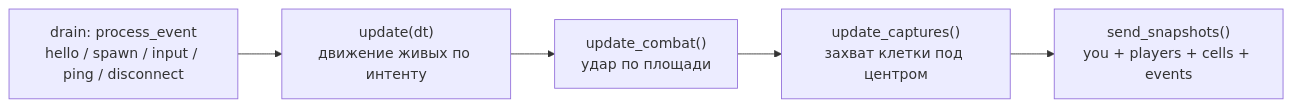
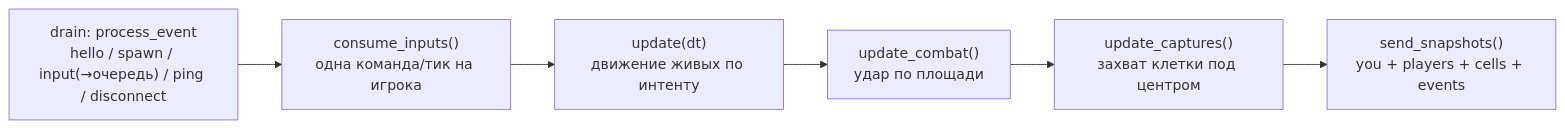
Before and after one commit to litcxx/Game: the fourth of 5 diagrams in server/docs/sequence-diagram.md, drawn with Mermaid. The commit also changed other lines of this file and 5 other files, not shown here.

````diff
--- a/server/docs/sequence-diagram.md
+++ b/server/docs/sequence-diagram.md
@@ -112,9 +115,10 @@
 ```mermaid
 flowchart LR
-    drain["drain: process_event<br/>hello / spawn / input / ping / disconnect"]
+    drain["drain: process_event<br/>hello / spawn / input(→очередь) / ping / disconnect"]
+    consume["consume_inputs()<br/>одна команда/тик на игрока"]
     move["update(dt)<br/>движение живых по интенту"]
     combat["update_combat()<br/>удар по площади"]
     cap["update_captures()<br/>захват клетки под центром"]
     snap["send_snapshots()<br/>you + players + cells + events"]
-    drain --> move --> combat --> cap --> snap
+    drain --> consume --> move --> combat --> cap --> snap
 ```
````
